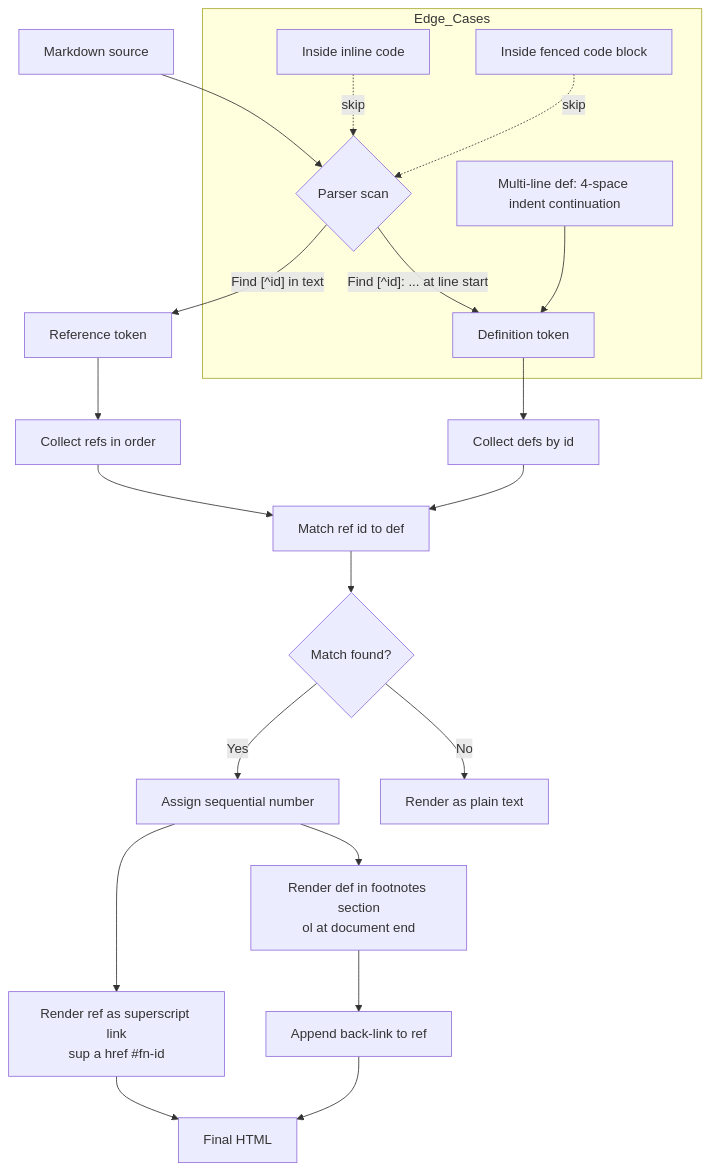
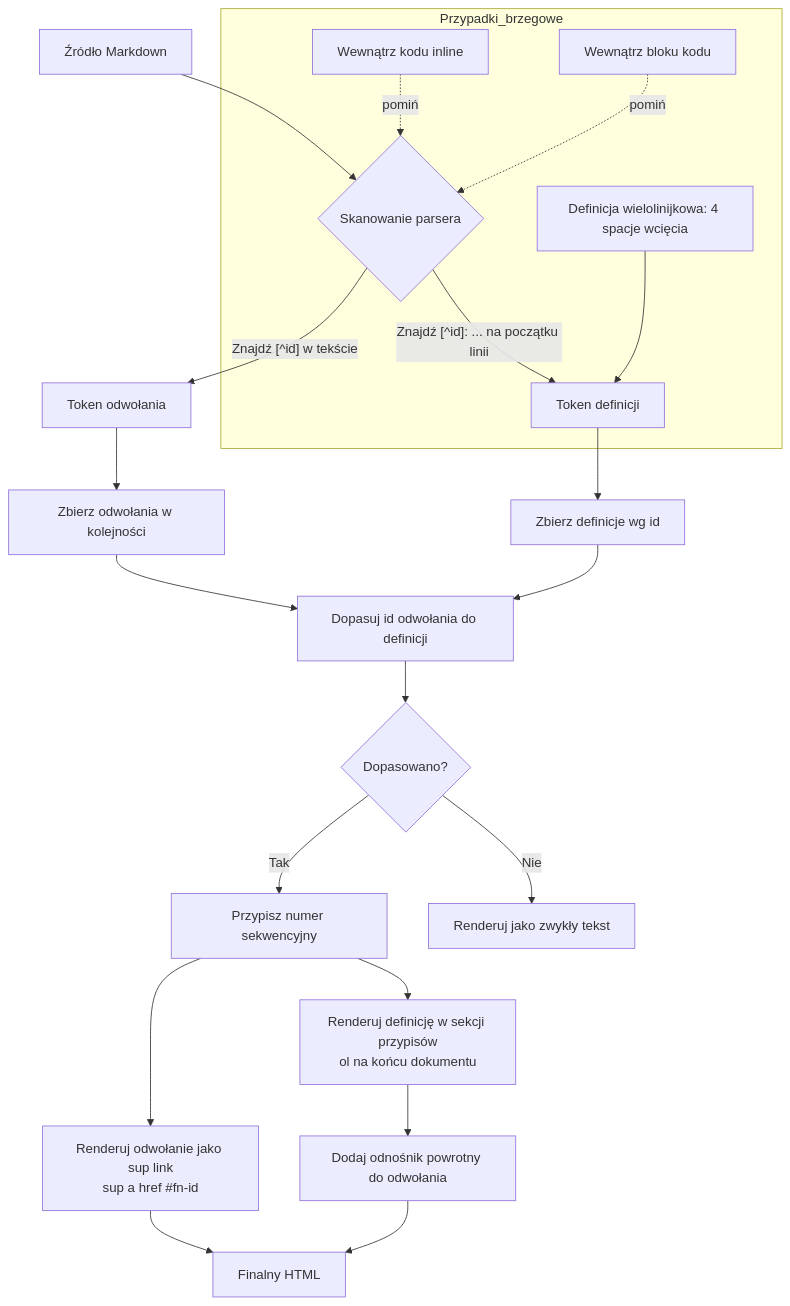
One commit to Vesperino/MerMarkEditor changed the diagram in test-footnotes.md. Above: the diagram before and after it, drawn with Mermaid. The commit also changed other lines of this file and 1 other file, not shown here.

````diff
--- a/test-footnotes.md
+++ b/test-footnotes.md
@@ -117,24 +126,24 @@
 ```mermaid
 flowchart TD
-    A["Markdown source"] --> B{"Parser scan"}
-    B -->|"Find [^id] in text"| C["Reference token"]
-    B -->|"Find [^id]: ... at line start"| D["Definition token"]
-    C --> E["Collect refs in order"]
-    D --> F["Collect defs by id"]
-    E --> G["Match ref id to def"]
+    A["Źródło Markdown"] --> B{"Skanowanie parsera"}
+    B -->|"Znajdź [^id] w tekście"| C["Token odwołania"]
+    B -->|"Znajdź [^id]: ... na początku linii"| D["Token definicji"]
+    C --> E["Zbierz odwołania w kolejności"]
+    D --> F["Zbierz definicje wg id"]
+    E --> G["Dopasuj id odwołania do definicji"]
     F --> G
-    G --> H{"Match found?"}
-    H -->|"Yes"| I["Assign sequential number"]
-    H -->|"No"| J["Render as plain text"]
-    I --> K["Render ref as superscript link<br/>sup a href #fn-id"]
-    I --> L["Render def in footnotes section<br/>ol at document end"]
-    L --> M["Append back-link to ref"]
-    K --> N["Final HTML"]
+    G --> H{"Dopasowano?"}
+    H -->|"Tak"| I["Przypisz numer sekwencyjny"]
+    H -->|"Nie"| J["Renderuj jako zwykły tekst"]
+    I --> K["Renderuj odwołanie jako sup link<br/>sup a href #fn-id"]
+    I --> L["Renderuj definicję w sekcji przypisów<br/>ol na końcu dokumentu"]
+    L --> M["Dodaj odnośnik powrotny do odwołania"]
+    K --> N["Finalny HTML"]
     M --> N
 
-    subgraph Edge_Cases
-        X1["Inside inline code"] -.skip.-> B
-        X2["Inside fenced code block"] -.skip.-> B
-        X3["Multi-line def: 4-space indent continuation"] --> D
+    subgraph Przypadki_brzegowe
+        X1["Wewnątrz kodu inline"] -.pomiń.-> B
+        X2["Wewnątrz bloku kodu"] -.pomiń.-> B
+        X3["Definicja wielolinijkowa: 4 spacje wcięcia"] --> D
     end
 ```
````
